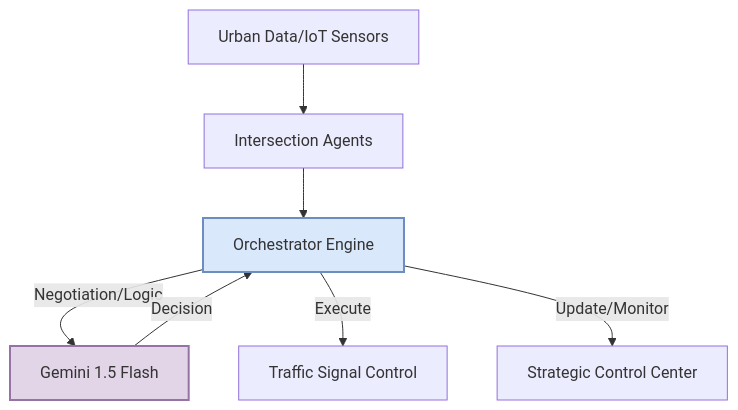
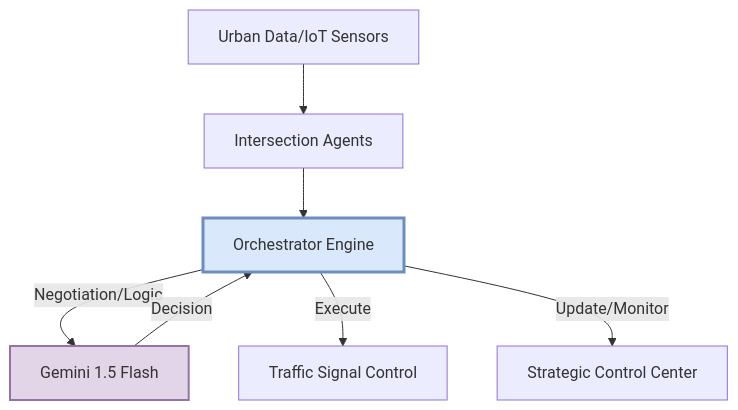
One commit to maybenot229/GDG-wiralalu changed the diagram in prototypedocumentation.md. Above: the diagram before and after it, drawn with Mermaid.

Commit message:
prototype documentation v4

````diff
--- a/prototypedocumentation.md
+++ b/prototypedocumentation.md
@@ -29,17 +29,18 @@
 ```mermaid
 graph TD
-    %% Define the data flow clearly
+    %% Main Path
     Data["Urban Data/IoT Sensors"] --> IA["Intersection Agents"]
     IA --> O["Orchestrator Engine"]
     
-    %% Use sub-paths to prevent overlap
+    %% Decoupled bidirectional flow
     O -- "Negotiation/Logic" --> LLM["Gemini 1.5 Flash"]
     LLM -- "Decision" --> O
     
+    %% Other paths
     O -->|Execute| Lights["Traffic Signal Control"]
-    O -->|Update/Monitor| Dashboard["Strategic Control Center"]
+    O -->|Update/Monitor| Dash["Strategic Control Center"]
 
-    %% Add styling for clarity
+    %% Styling for professional look
     style LLM fill:#e1d5e7,stroke:#9673a6,stroke-width:2px
-    style O fill:#dae8fc,stroke:#6c8ebf,stroke-width:2px
+    style O fill:#dae8fc,stroke:#6c8ebf,stroke-width:3px
 ```
````
